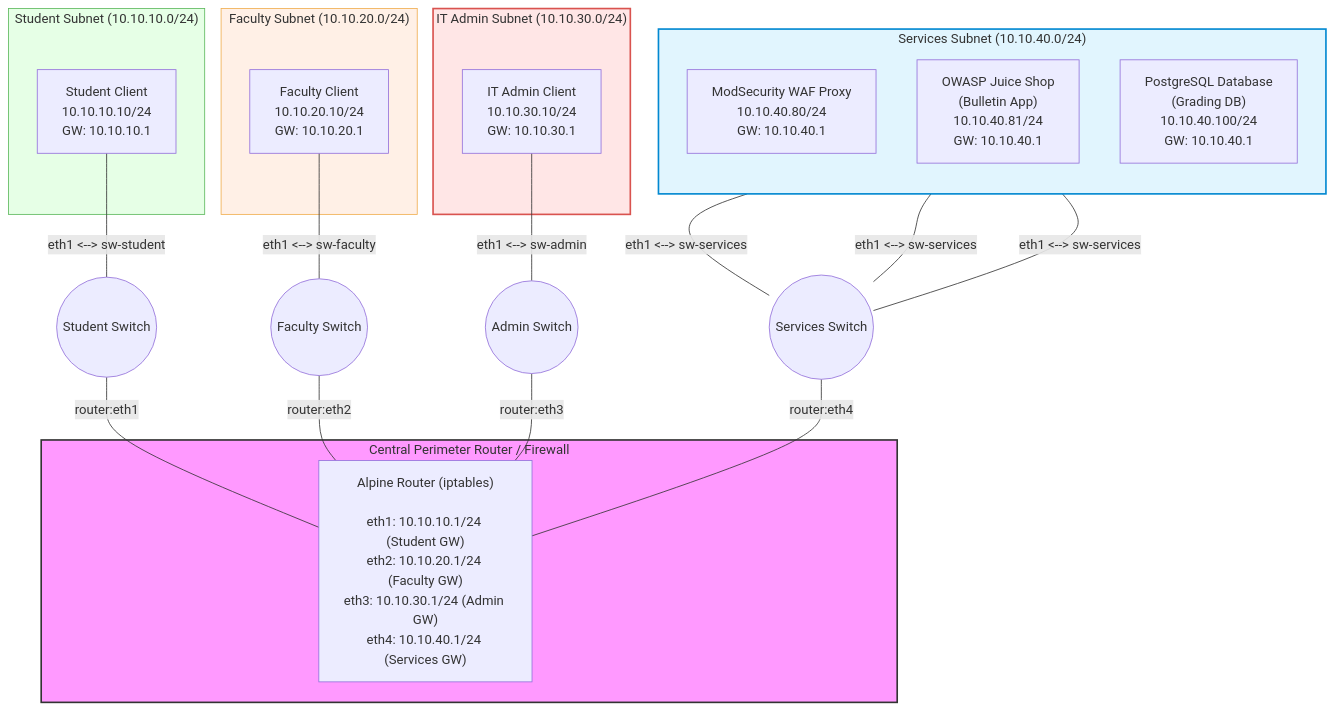
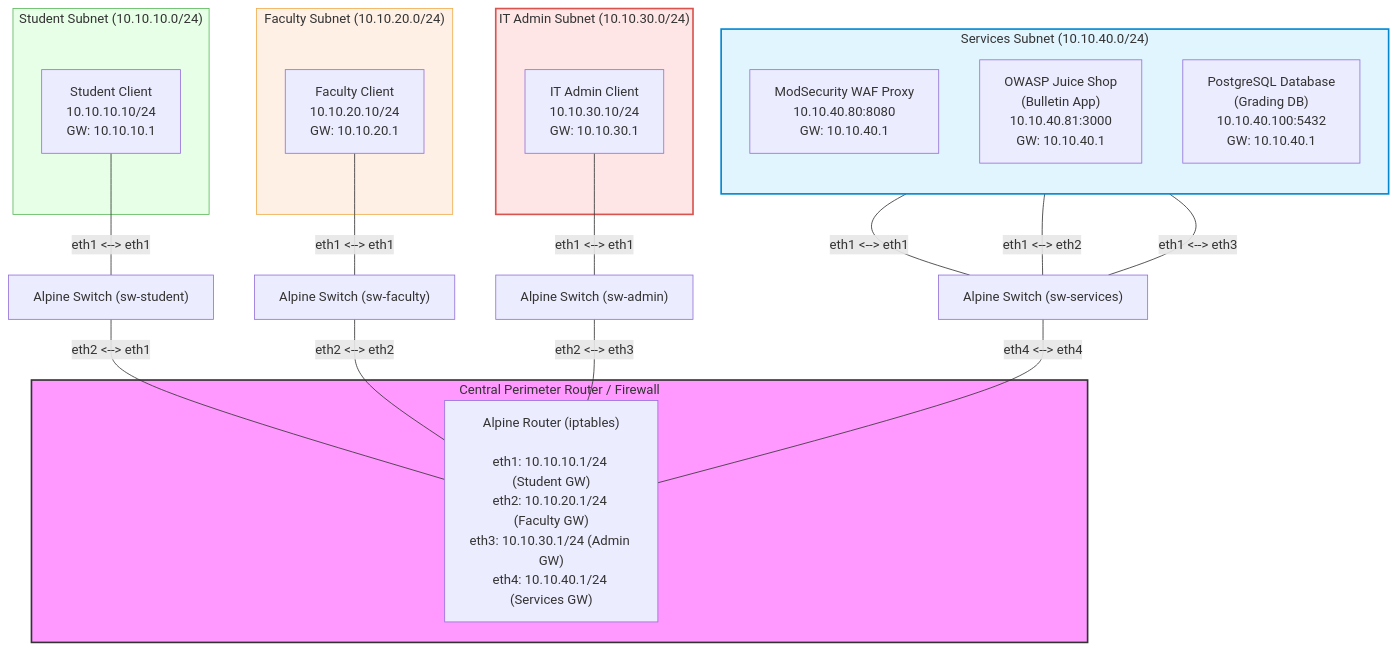
Before and after one commit to sealneaward/network-design: the diagram in assignment/campus-design.md, drawn with Mermaid. The commit also changed other lines of this file, not shown here.

````diff
--- a/assignment/campus-design.md
+++ b/assignment/campus-design.md
@@ -18,51 +18,51 @@
 ```mermaid
 flowchart TD
     subgraph STUDENT ["Student Subnet (10.10.10.0/24)"]
         student_node["Student Client<br/>10.10.10.10/24<br/>GW: 10.10.10.1"]
     end
 
     subgraph FACULTY ["Faculty Subnet (10.10.20.0/24)"]
         faculty_node["Faculty Client<br/>10.10.20.10/24<br/>GW: 10.10.20.1"]
     end
 
     subgraph ADMIN ["IT Admin Subnet (10.10.30.0/24)"]
         admin_node["IT Admin Client<br/>10.10.30.10/24<br/>GW: 10.10.30.1"]
     end
 
     subgraph GATEWAY ["Central Perimeter Router / Firewall"]
         router["Alpine Router (iptables)<br/><br/>eth1: 10.10.10.1/24 (Student GW)<br/>eth2: 10.10.20.1/24 (Faculty GW)<br/>eth3: 10.10.30.1/24 (Admin GW)<br/>eth4: 10.10.40.1/24 (Services GW)"]
     end
 
     subgraph SERVICES ["Services Subnet (10.10.40.0/24)"]
         direction TB
-        waf["ModSecurity WAF Proxy<br/>10.10.40.80/24<br/>GW: 10.10.40.1"]
-        juiceshop["OWASP Juice Shop<br/>(Bulletin App)<br/>10.10.40.81/24<br/>GW: 10.10.40.1"]
-        postgres["PostgreSQL Database<br/>(Grading DB)<br/>10.10.40.100/24<br/>GW: 10.10.40.1"]
+        waf["ModSecurity WAF Proxy<br/>10.10.40.80:8080<br/>GW: 10.10.40.1"]
+        juiceshop["OWASP Juice Shop<br/>(Bulletin App)<br/>10.10.40.81:3000<br/>GW: 10.10.40.1"]
+        postgres["PostgreSQL Database<br/>(Grading DB)<br/>10.10.40.100:5432<br/>GW: 10.10.40.1"]
     end
 
-    student_node ---|eth1 <--> sw-student| sw_student((Student Switch))
-    sw_student ---|router:eth1| router
+    student_node ---|eth1 <--> eth1| sw_student["Alpine Switch (sw-student)"]
+    sw_student ---|eth2 <--> eth1| router
     
-    faculty_node ---|eth1 <--> sw-faculty| sw_faculty((Faculty Switch))
-    sw_faculty ---|router:eth2| router
+    faculty_node ---|eth1 <--> eth1| sw_faculty["Alpine Switch (sw-faculty)"]
+    sw_faculty ---|eth2 <--> eth2| router
     
-    admin_node ---|eth1 <--> sw-admin| sw_admin((Admin Switch))
-    sw_admin ---|router:eth3| router
+    admin_node ---|eth1 <--> eth1| sw_admin["Alpine Switch (sw-admin)"]
+    sw_admin ---|eth2 <--> eth3| router
     
-    waf ---|eth1 <--> sw-services| sw_services((Services Switch))
-    juiceshop ---|eth1 <--> sw-services| sw_services
-    postgres ---|eth1 <--> sw-services| sw_services
-    sw_services ---|router:eth4| router
+    waf ---|eth1 <--> eth1| sw_services["Alpine Switch (sw-services)"]
+    juiceshop ---|eth1 <--> eth2| sw_services
+    postgres ---|eth1 <--> eth3| sw_services
+    sw_services ---|eth4 <--> eth4| router
 
     classDef admin fill:#ffe6e6,stroke:#d9534f,stroke-width:2px;
     classDef faculty fill:#fff0e6,stroke:#f0ad4e,stroke-width:1px;
     classDef student fill:#e6ffe6,stroke:#5cb85c,stroke-width:1px;
     classDef services fill:#e1f5fe,stroke:#0288d1,stroke-width:2px;
     classDef router fill:#f9f,stroke:#333,stroke-width:2px;
 
     class ADMIN admin;
     class FACULTY faculty;
     class STUDENT student;
     class SERVICES services;
     class GATEWAY router;
 ```
````
